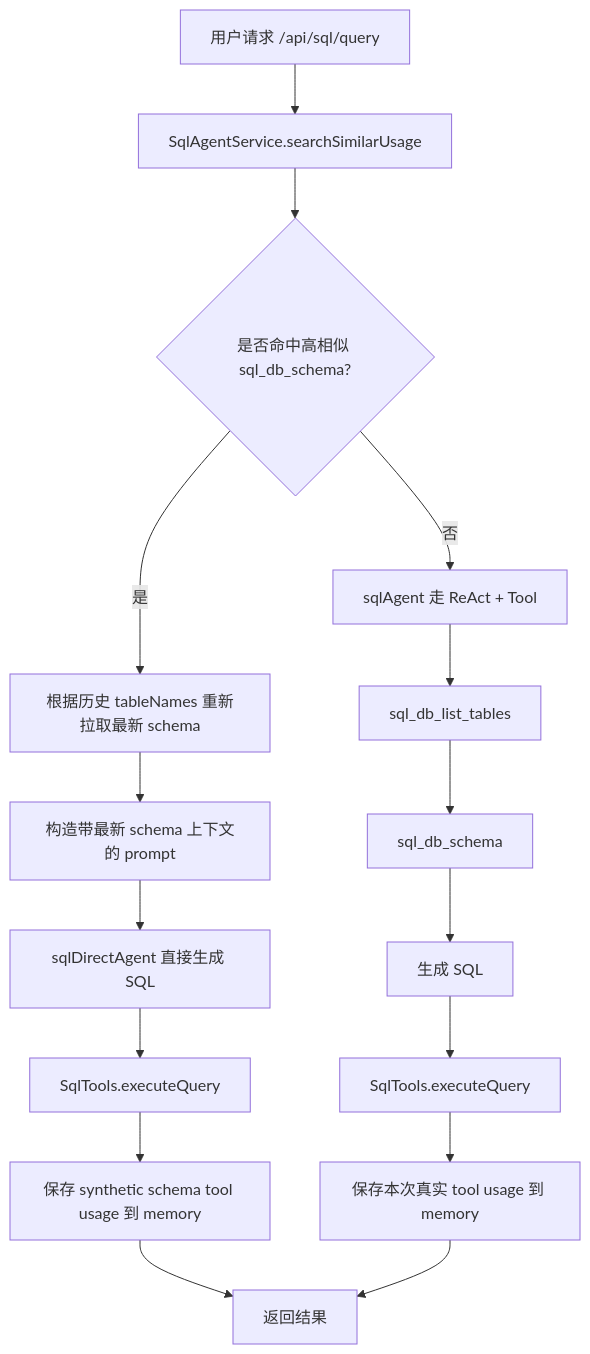
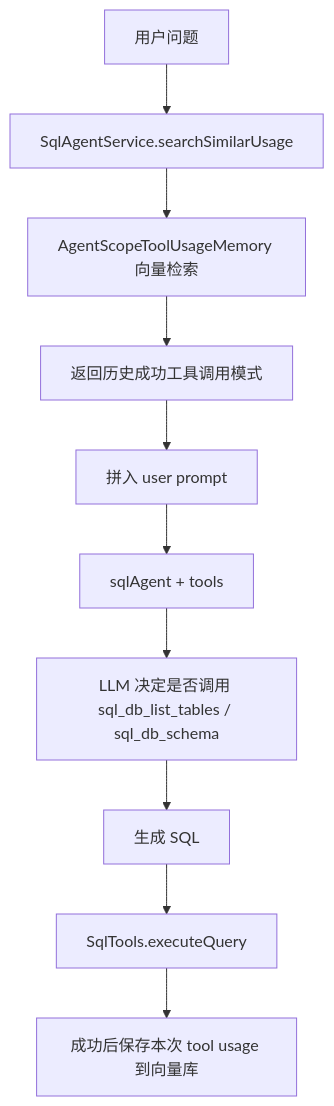
The diagram in docs/sqlAgent工具记忆.md (zsh-coder-profile/promotion-agent-platform), drawn with Mermaid before and after one commit. The commit also changed other lines of this file and 8 other files, not shown here.

````diff
--- a/docs/sqlAgent工具记忆.md
+++ b/docs/sqlAgent工具记忆.md
@@ -145,20 +30,12 @@
 ```mermaid
 flowchart TD
-    A["用户请求 /api/sql/query"] --> B["SqlAgentService.searchSimilarUsage"]
-    B --> C{"是否命中高相似 sql_db_schema?"}
-
-    C -- "是" --> D["根据历史 tableNames 重新拉取最新 schema"]
-    D --> E["构造带最新 schema 上下文的 prompt"]
-    E --> F["sqlDirectAgent 直接生成 SQL"]
-    F --> G["SqlTools.executeQuery"]
-    G --> H["保存 synthetic schema tool usage 到 memory"]
-    H --> I["返回结果"]
-
-    C -- "否" --> J["sqlAgent 走 ReAct + Tool"]
-    J --> K["sql_db_list_tables"]
-    K --> L["sql_db_schema"]
-    L --> M["生成 SQL"]
-    M --> N["SqlTools.executeQuery"]
-    N --> O["保存本次真实 tool usage 到 memory"]
-    O --> I
+    A["用户问题"] --> B["SqlAgentService.searchSimilarUsage"]
+    B --> C["AgentScopeToolUsageMemory 向量检索"]
+    C --> D["返回历史成功工具调用模式"]
+    D --> E["拼入 user prompt"]
+    E --> F["sqlAgent + tools"]
+    F --> G["LLM 决定是否调用 sql_db_list_tables / sql_db_schema"]
+    G --> H["生成 SQL"]
+    H --> I["SqlTools.executeQuery"]
+    I --> J["成功后保存本次 tool usage 到向量库"]
 ```
````
